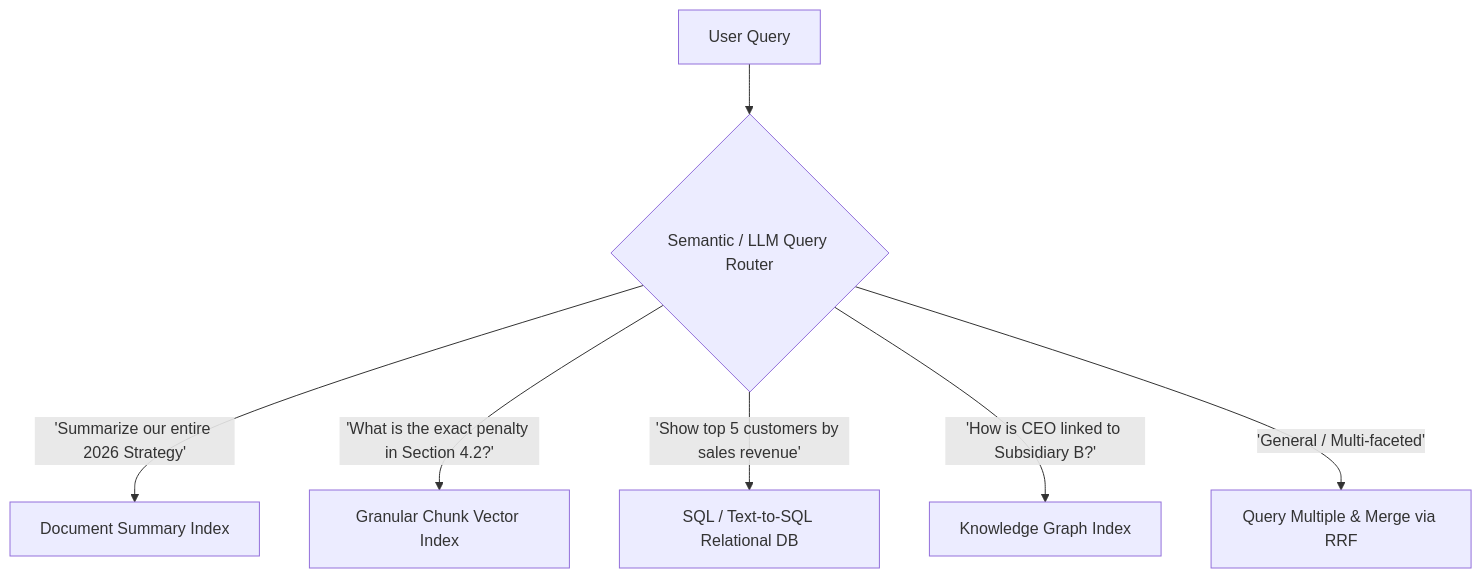
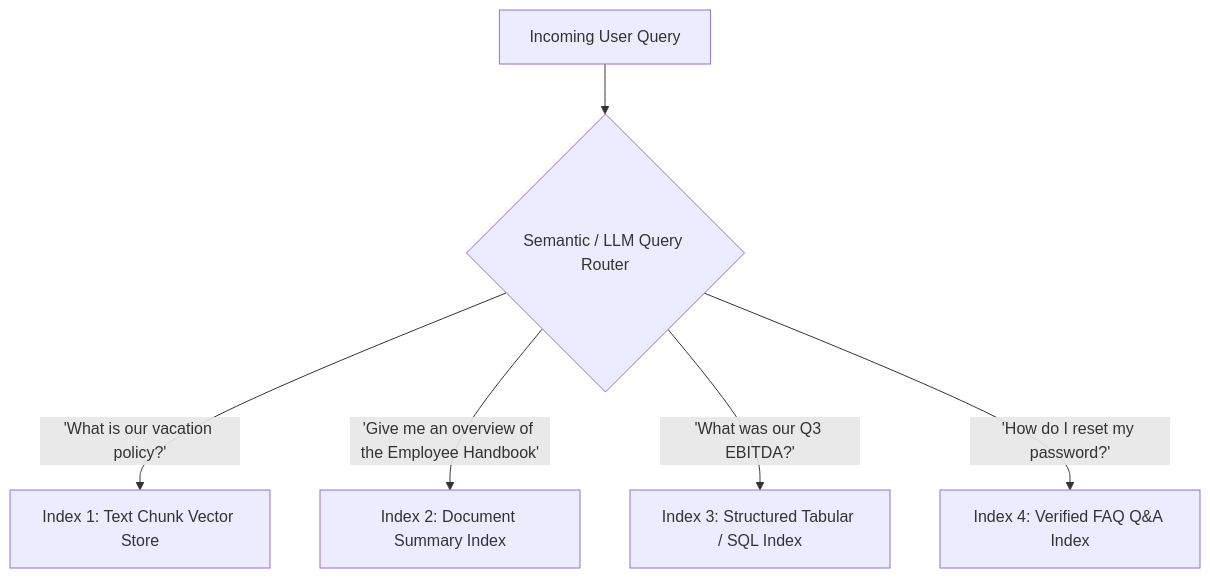
Diagram 15 of 31 in RAG/01_RAG_30_Questions.md (Nishant8826/theory-leaning), drawn with Mermaid before and after one commit. The commit also changed other lines of this file and 2 other files, not shown here.

````diff
--- a/RAG/01_RAG_30_Questions.md
+++ b/RAG/01_RAG_30_Questions.md
@@ -931,10 +804,9 @@
 ```mermaid
 flowchart TD
-    UserQ["User Query"] --> Router{Semantic / LLM Query Router}
+    UserQ["Incoming User Query"] --> Router{Semantic / LLM Query Router}
 
-    Router -->|'Summarize our entire 2026 Strategy'| Idx1[Document Summary Index]
-    Router -->|'What is the exact penalty in Section 4.2?'| Idx2[Granular Chunk Vector Index]
-    Router -->|'Show top 5 customers by sales revenue'| Idx3[SQL / Text-to-SQL Relational DB]
-    Router -->|'How is CEO linked to Subsidiary B?'| Idx4[Knowledge Graph Index]
-    Router -->|'General / Multi-faceted'| Merge[Query Multiple & Merge via RRF]
+    Router -->|'What is our vacation policy?'| Idx1[Index 1: Text Chunk Vector Store]
+    Router -->|'Give me an overview of the Employee Handbook'| Idx2[Index 2: Document Summary Index]
+    Router -->|'What was our Q3 EBITDA?'| Idx3[Index 3: Structured Tabular / SQL Index]
+    Router -->|'How do I reset my password?'| Idx4[Index 4: Verified FAQ Q&A Index]
 ```
````
